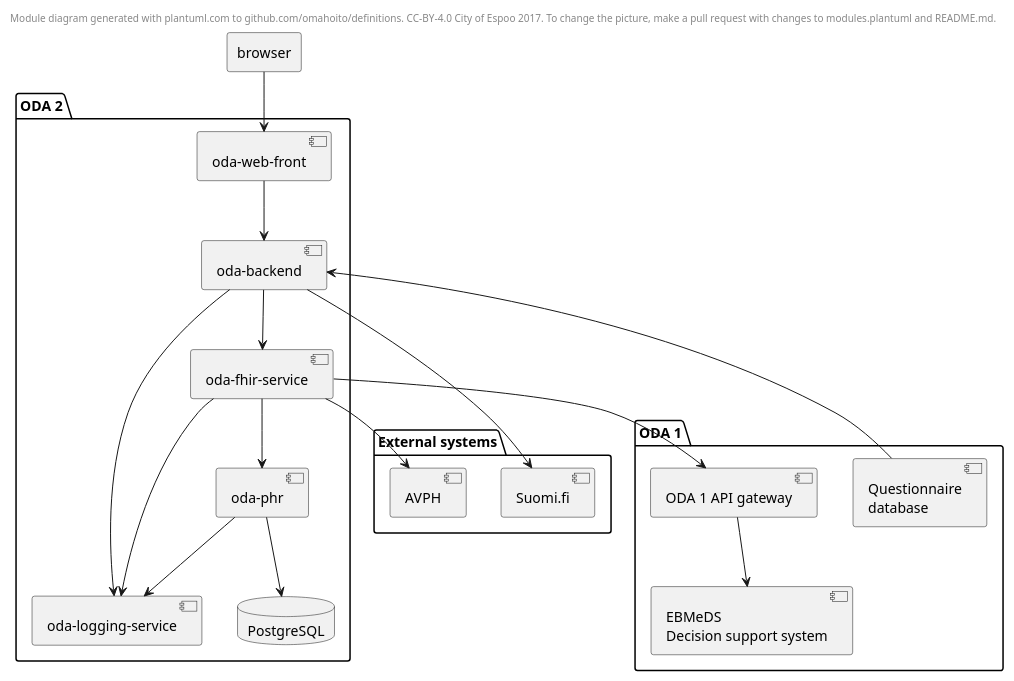
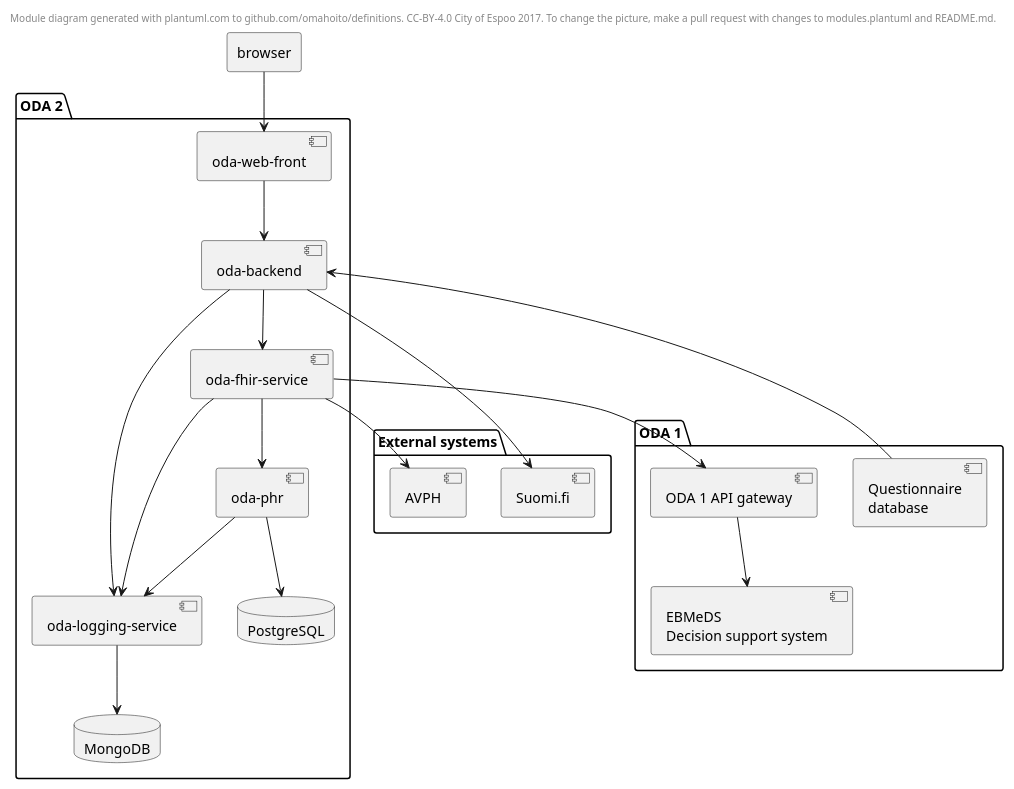
The diagram in modules.plantuml (ruoat/definitions), drawn with PlantUML before and after one commit. The commit also changed 1 other file, not shown here.

Commit message:
Add database for oda-logging-service

```diff
--- a/modules.plantuml
+++ b/modules.plantuml
@@ -1,45 +1,47 @@
 @startuml
 header
 Module diagram generated with plantuml.com to github.com/omahoito/definitions. \
 CC-BY-4.0 City of Espoo 2017. \
 To change the picture, make a pull request with changes to modules.plantuml and README.md.
 endheader
 
 agent browser
 folder "ODA 2" {
     component "oda-web-front" as owf
     component "oda-backend" as ob
     component "oda-fhir-service" as ofs
     component "oda-logging-service" as ols
     component "oda-phr" as op
     database "PostgreSQL" as postgres
+    database "MongoDB" as mongo
 
     browser --> owf
     owf --> ob
     ob --> ofs
     ob --> ols
     ofs --> op
     ofs --> ols
     op --> ols
     op --> postgres
+    ols --> mongo
 }
 
 folder "External systems" as ext {
     component "Suomi.fi" as suomifi
     component AVPH
 }
 
 ob --> suomifi
 ofs --> AVPH
 
 folder "ODA 1" {
     component "Questionnaire\ndatabase" as VKT
     component "ODA 1 API gateway" as ODA1
     component "EBMeDS\nDecision support system" as EBMeDS
     ODA1 --> EBMeDS
 }
 
 VKT --> ob
 ofs --> ODA1
 
 @enduml
```
